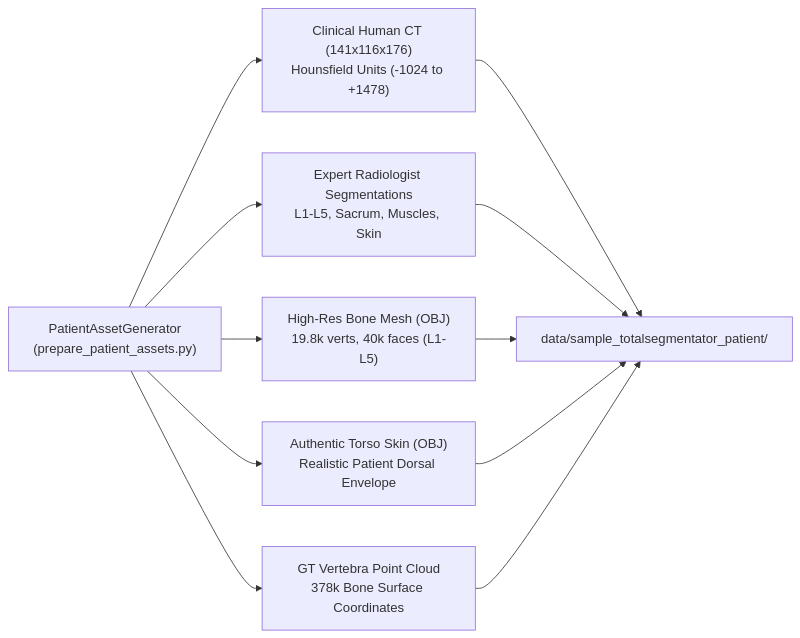
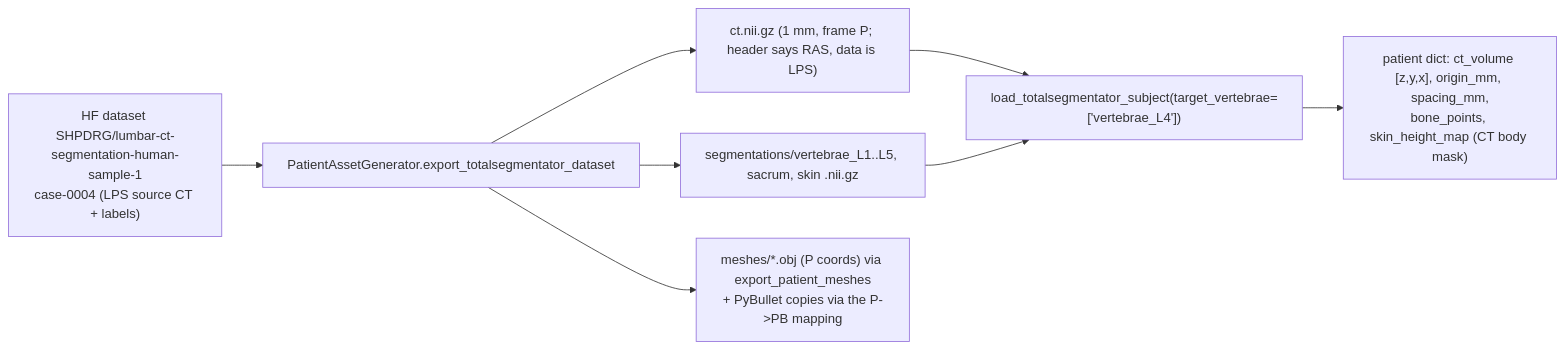
Before and after one commit to rishang19dx/MTP-Surgical-Robotcs: the first of 4 diagrams in FLOW.md, drawn with Mermaid. The commit also changed other lines of this file and 12 other files, not shown here.

First line of the commit message:
docs: rewrite README/FLOW/AGENTS/QUIZME to match the code; DEC-038

````diff
--- a/FLOW.md
+++ b/FLOW.md
@@ -29,13 +34,10 @@
 ```mermaid
 flowchart LR
-    CTGen["PatientAssetGenerator\n(prepare_patient_assets.py)"] --> RealCT["Clinical Human CT (141x116x176)\nHounsfield Units (-1024 to +1478)"]
-    CTGen --> Labels["Expert Radiologist Segmentations\nL1-L5, Sacrum, Muscles, Skin"]
-    CTGen --> SpineMesh["High-Res Bone Mesh (OBJ)\n19.8k verts, 40k faces (L1-L5)"]
-    CTGen --> SkinMesh["Authentic Torso Skin (OBJ)\nRealistic Patient Dorsal Envelope"]
-    CTGen --> GTPoints["GT Vertebra Point Cloud\n378k Bone Surface Coordinates"]
-    RealCT --> OutDir["data/sample_totalsegmentator_patient/"]
-    Labels --> OutDir
-    SpineMesh --> OutDir
-    SkinMesh --> OutDir
-    GTPoints --> OutDir
+    HF["HF dataset SHPDRG/lumbar-ct-segmentation-human-sample-1\ncase-0004 (LPS source CT + labels)"] --> Export["PatientAssetGenerator.export_totalsegmentator_dataset"]
+    Export --> CT["ct.nii.gz (1 mm, frame P; header says RAS, data is LPS)"]
+    Export --> Seg["segmentations/vertebrae_L1..L5, sacrum, skin .nii.gz"]
+    Export --> Meshes["meshes/*.obj (P coords) via export_patient_meshes\n+ PyBullet copies via the P->PB mapping"]
+    CT --> Load["load_totalsegmentator_subject(target_vertebrae=['vertebrae_L4'])"]
+    Seg --> Load
+    Load --> PD["patient dict: ct_volume [z,y,x], origin_mm, spacing_mm,\nbone_points, skin_height_map (CT body mask)"]
 ```
````
